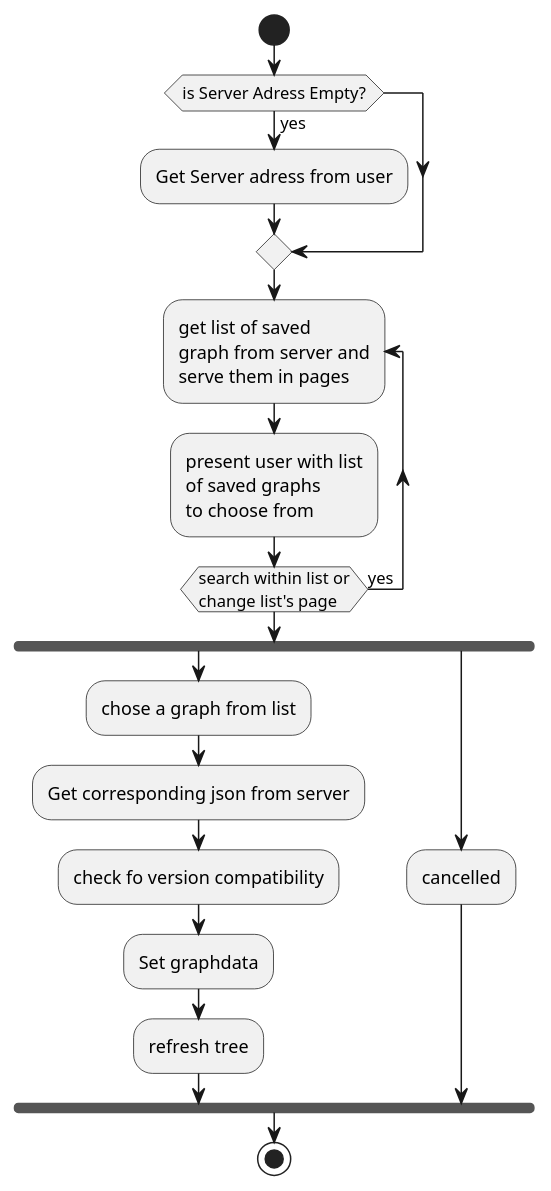
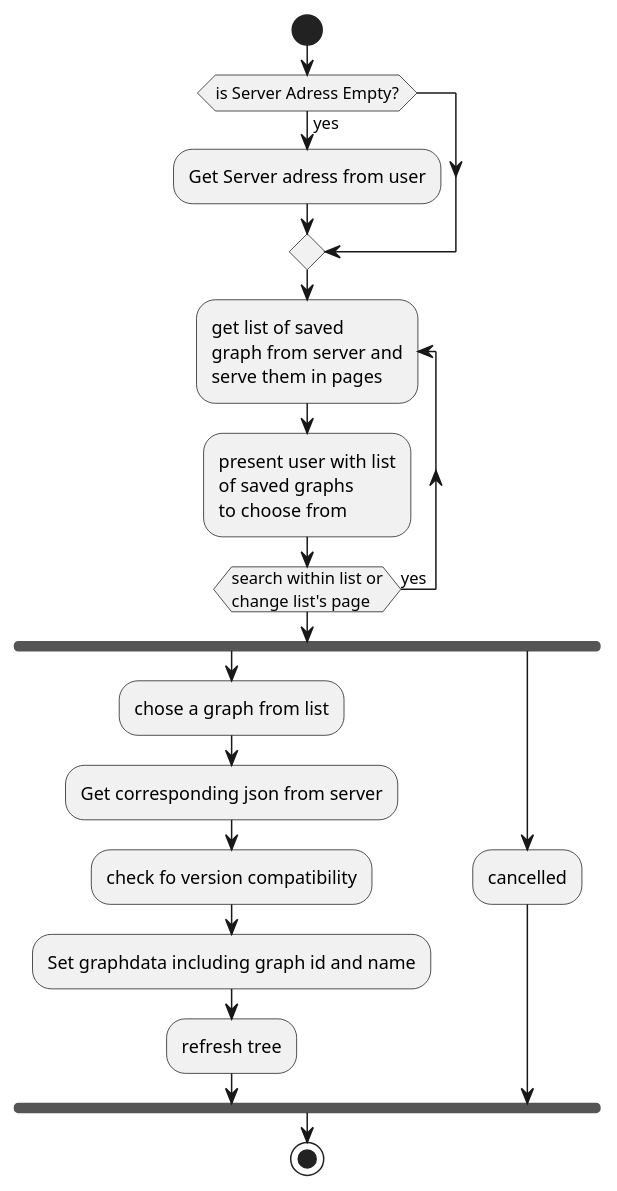
The diagram in Docs/plantUML/action_open.wsd (textograph/anki-add-on), drawn with PlantUML before and after one commit. The commit also changed 5 other files, not shown here.

```diff
--- a/Docs/plantUML/action_open.wsd
+++ b/Docs/plantUML/action_open.wsd
@@ -1,23 +1,23 @@
 @startuml
 start
 
 if (is Server Adress Empty?) then (yes)
   :Get Server adress from user;
 endif
 
 repeat :get list of saved\ngraph from server and\nserve them in pages;
 :present user with list\nof saved graphs\nto choose from;
 repeat while (search within list or\nchange list's page) is (yes)
 
 fork 
 :chose a graph from list;
 :Get corresponding json from server;
 :check fo version compatibility;
-:Set graphdata;
+:Set graphdata including graph id and name;
 :refresh tree;
 fork again
 :cancelled;
 end fork
 
 stop
 @enduml
```
